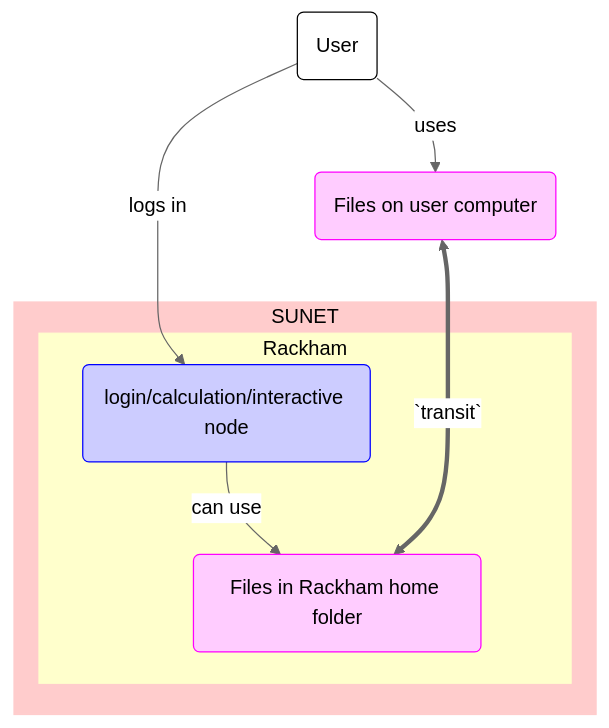
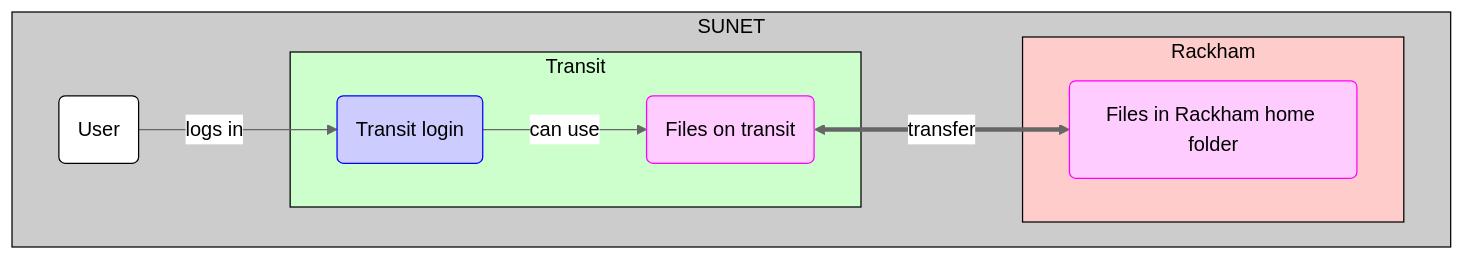
The diagram in docs/cluster_guides/rackham_file_transfer_using_transit.md (UPPMAX/UPPMAX-documentation), drawn with Mermaid (neutral theme) before and after one commit.

````diff
--- a/docs/cluster_guides/rackham_file_transfer_using_transit.md
+++ b/docs/cluster_guides/rackham_file_transfer_using_transit.md
@@ -45,36 +45,35 @@
 ```mermaid
 flowchart TD
 
     %% Give a white background to all nodes, instead of a transparent one
     classDef node fill:#fff,color:#000,stroke:#000
 
     %% Graph nodes for files and calculations
     classDef file_node fill:#fcf,color:#000,stroke:#f0f
     classDef calculation_node fill:#ccf,color:#000,stroke:#00f
 
-    user(User)
-      user_local_files(Files on user computer):::file_node
-
     subgraph sub_inside[SUNET]
+      direction LR
+      user(User)
+      subgraph sub_transit_env[Transit]
+        transit_login(Transit login):::calculation_node
+        files_on_transit(Files on transit):::file_node
+      end
       subgraph sub_rackham_shared_env[Rackham]
-          login_node(login/calculation/interactive node):::calculation_node
           files_in_rackham_home(Files in Rackham home folder):::file_node
       end
     end
 
     %% Shared subgraph color scheme
     %% style sub_outside fill:#ccc,color:#000,stroke:#ccc
-    style sub_inside fill:#fcc,color:#000,stroke:#fcc
-    style sub_rackham_shared_env fill:#ffc,color:#000,stroke:#ffc
+    style sub_inside fill:#ccc,color:#000,stroke:#000
+    style sub_transit_env fill:#cfc,color:#000,stroke:#000
+    style sub_rackham_shared_env fill:#fcc,color:#000,stroke:#000
 
-    user --> |logs in |login_node
-    user --> |uses| user_local_files
+    user --> |logs in |transit_login
 
-    login_node --> |can use|files_in_rackham_home
+    transit_login --> |can use|files_on_transit
     %% user_local_files <--> |graphical tool|files_in_rackham_home
     %% user_local_files <--> |SCP|files_in_rackham_home
-    user_local_files <==> |`transit`|files_in_rackham_home
-
-    %% Aligns nodes prettier
-    user_local_files ~~~ login_node
+    files_on_transit <==> |transfer|files_in_rackham_home
 ```
````
